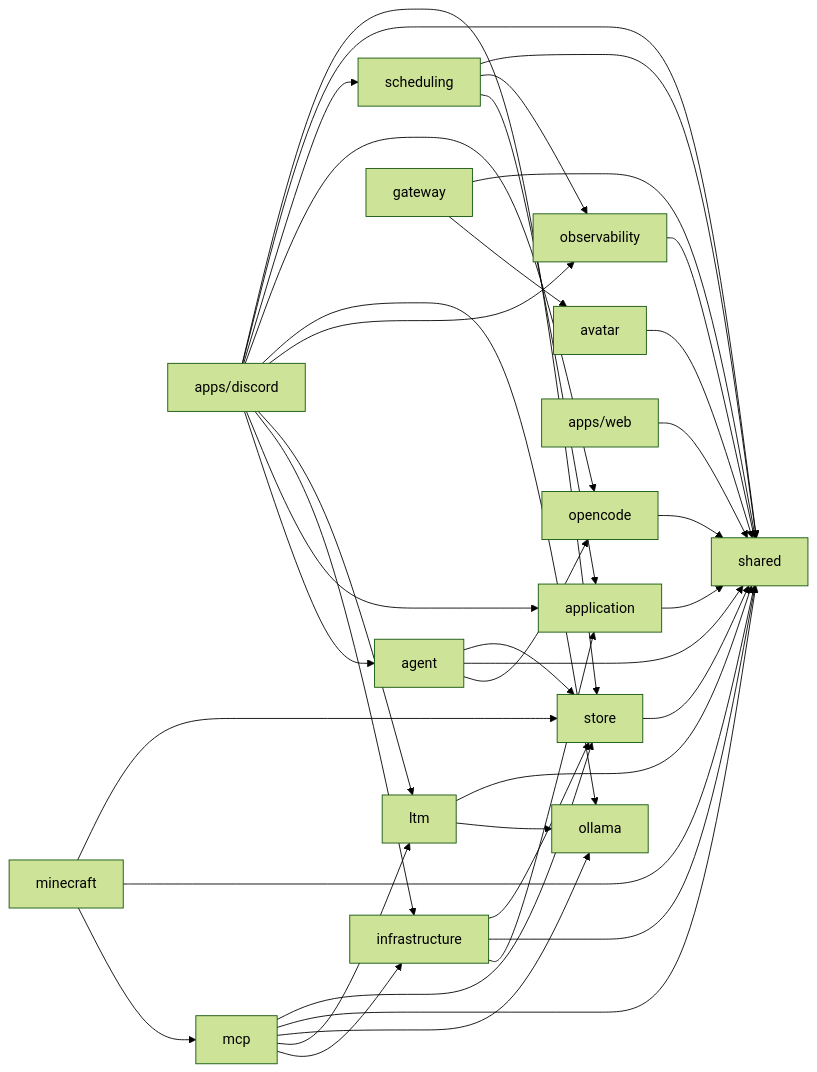
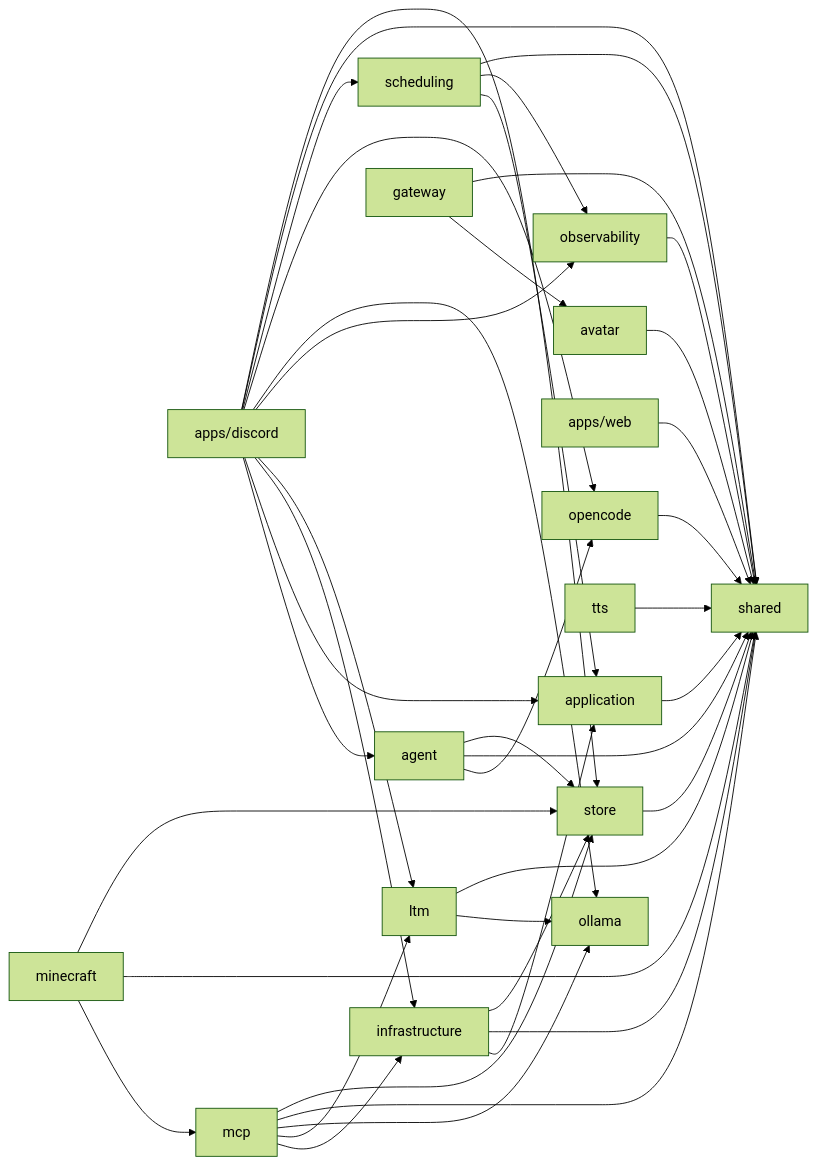
One commit to OJII3/vicissitude changed the diagram in docs/DEPS.md. Above: the diagram before and after it, drawn with Mermaid (forest theme). The commit also changed other lines of this file and 11 other files, not shown here.

````diff
--- a/docs/DEPS.md
+++ b/docs/DEPS.md
@@ -7,42 +7,43 @@
 ```mermaid
 graph LR
   agent --> opencode
   agent --> shared
   agent --> store
   application --> shared
   apps_discord["apps/discord"] --> agent
   apps_discord["apps/discord"] --> application
   apps_discord["apps/discord"] --> infrastructure
   apps_discord["apps/discord"] --> ltm
   apps_discord["apps/discord"] --> observability
   apps_discord["apps/discord"] --> ollama
   apps_discord["apps/discord"] --> opencode
   apps_discord["apps/discord"] --> scheduling
   apps_discord["apps/discord"] --> shared
   apps_discord["apps/discord"] --> store
   apps_web["apps/web"] --> shared
   avatar --> shared
   gateway --> avatar
   gateway --> shared
   infrastructure --> application
   infrastructure --> shared
   infrastructure --> store
   ltm --> ollama
   ltm --> shared
   mcp --> infrastructure
   mcp --> ltm
   mcp --> ollama
   mcp --> shared
   mcp --> store
   minecraft --> mcp
   minecraft --> shared
   minecraft --> store
   observability --> shared
   ollama
   opencode --> shared
   scheduling --> application
   scheduling --> observability
   scheduling --> shared
   shared
   store --> shared
+  tts --> shared
 ```
````
